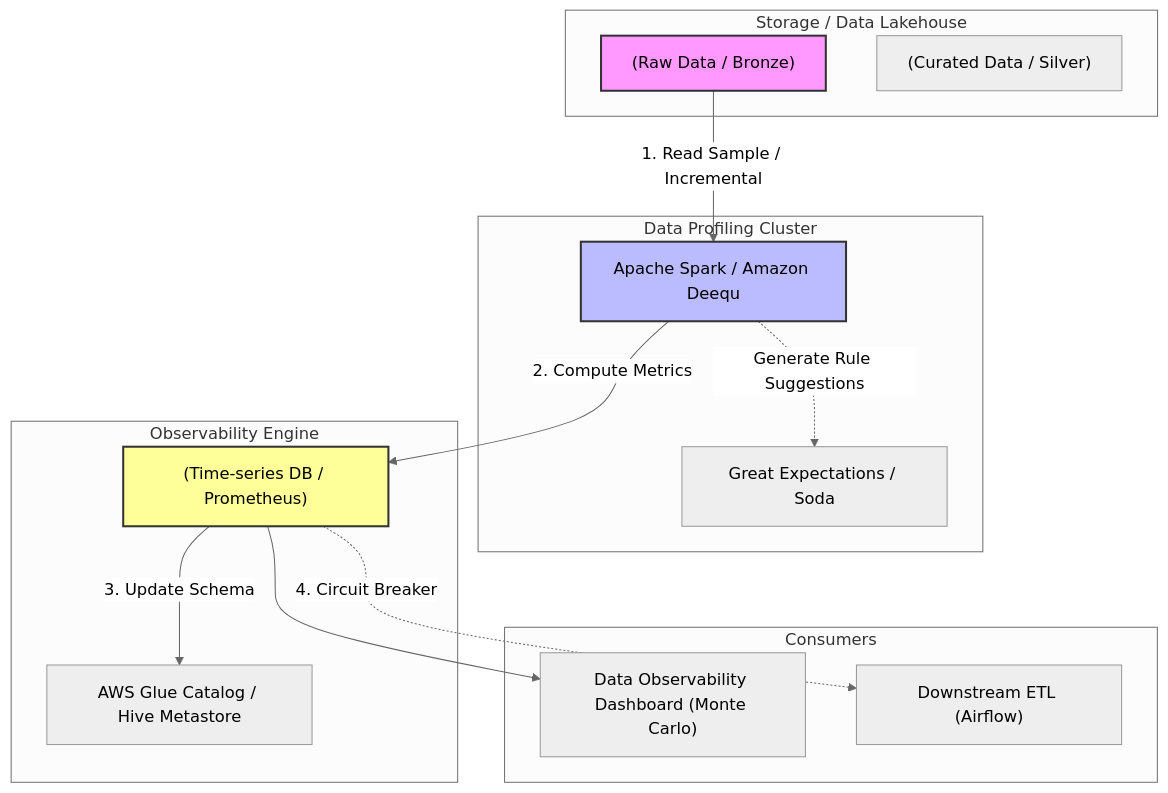
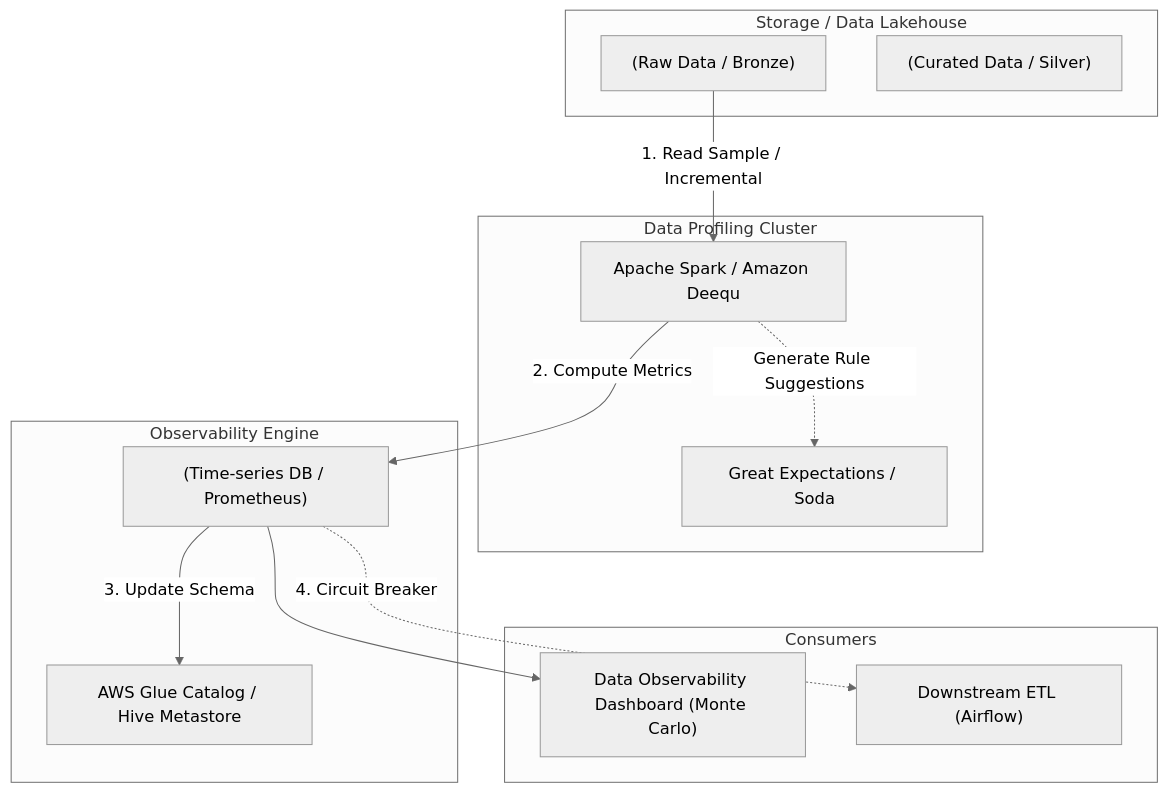
One commit to kythuatdulieu/kythuatdulieu.github.io changed the diagram in src/content/docs/concepts/7-dataops-orchestration-quality/data-profiling.md. Above: the diagram before and after it, drawn with Mermaid (neutral theme). The commit also changed 686 other files, not shown here.

````diff
--- a/src/content/docs/concepts/7-dataops-orchestration-quality/data-profiling.md
+++ b/src/content/docs/concepts/7-dataops-orchestration-quality/data-profiling.md
@@ -35,34 +35,33 @@
 ```mermaid
 graph TD
     subgraph Storage / Data Lakehouse
         A["(Raw Data / Bronze)"]
         B["(Curated Data / Silver)"]
     end
     
     subgraph Data Profiling Cluster
         C["Apache Spark / Amazon Deequ"]
         D["Great Expectations / Soda"]
     end
     
     subgraph Observability Engine
         E["AWS Glue Catalog / Hive Metastore"]
         F["(Time-series DB / Prometheus)"]
     end
     
     A -->|1. Read Sample / Incremental| C
     C -->|2. Compute Metrics| F
     C -.->|Generate Rule Suggestions| D
     F -->|3. Update Schema| E
     
     subgraph Consumers
         G["Data Observability Dashboard (Monte Carlo)"]
         H["Downstream ETL (Airflow)"]
     end
     
     F --> G
     F -.->|4. Circuit Breaker| H
-    
-    style A fill:#f9f,stroke:#333,stroke-width:2px
-    style C fill:#bbf,stroke:#333,stroke-width:2px
-    style F fill:#ff9,stroke:#333,stroke-width:2px
+
+
+
 ```
````
